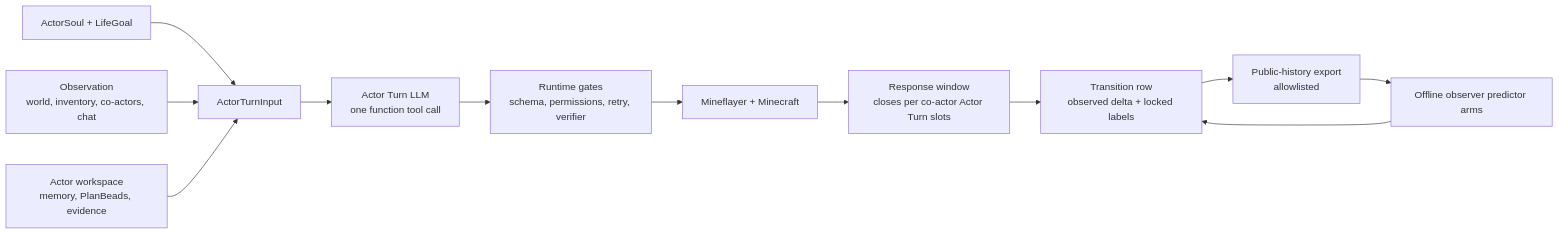
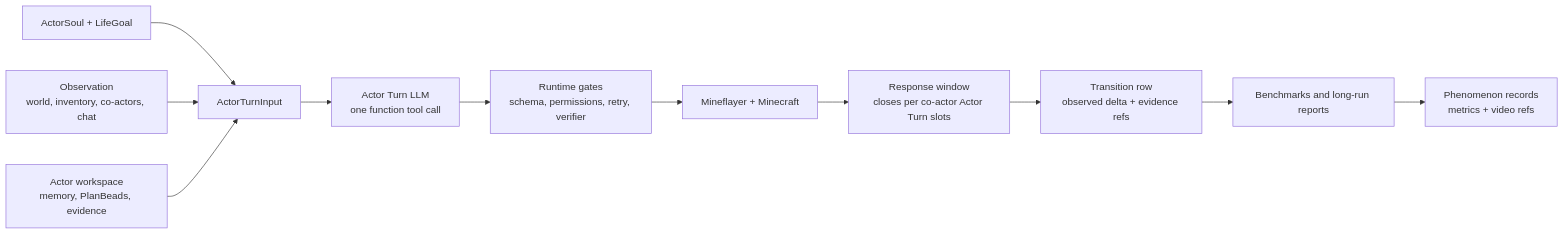
One commit to gigio1023/minecraft-llm-agent-community changed the diagram in project-docs/orientation/overview.md. Above: the diagram before and after it, drawn with Mermaid. The commit also changed other lines of this file and 1190 other files, not shown here.

````diff
--- a/project-docs/orientation/overview.md
+++ b/project-docs/orientation/overview.md
@@ -85,20 +85,20 @@
 ```mermaid
 flowchart LR
   Soul["ActorSoul + LifeGoal"]
   Observe["Observation<br/>world, inventory, co-actors, chat"]
   Workspace["Actor workspace<br/>memory, PlanBeads, evidence"]
   Input["ActorTurnInput"]
   LLM["Actor Turn LLM<br/>one function tool call"]
   Runtime["Runtime gates<br/>schema, permissions, retry, verifier"]
   MC["Mineflayer + Minecraft"]
   Window["Response window<br/>closes per co-actor Actor Turn slots"]
-  Row["Transition row<br/>observed delta + locked labels"]
-  Export["Public-history export<br/>allowlisted"]
-  Predictor["Offline observer predictor arms"]
+  Row["Transition row<br/>observed delta + evidence refs"]
+  Report["Benchmarks and long-run reports"]
+  Phenomenon["Phenomenon records<br/>metrics + video refs"]
 
   Soul --> Input
   Observe --> Input
   Workspace --> Input
   Input --> LLM --> Runtime --> MC --> Window --> Row
-  Row --> Export --> Predictor --> Row
+  Row --> Report --> Phenomenon
 ```
````
